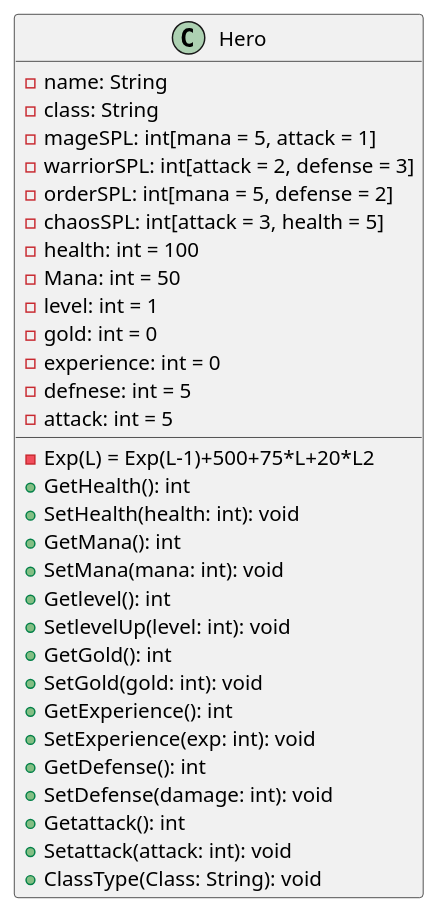
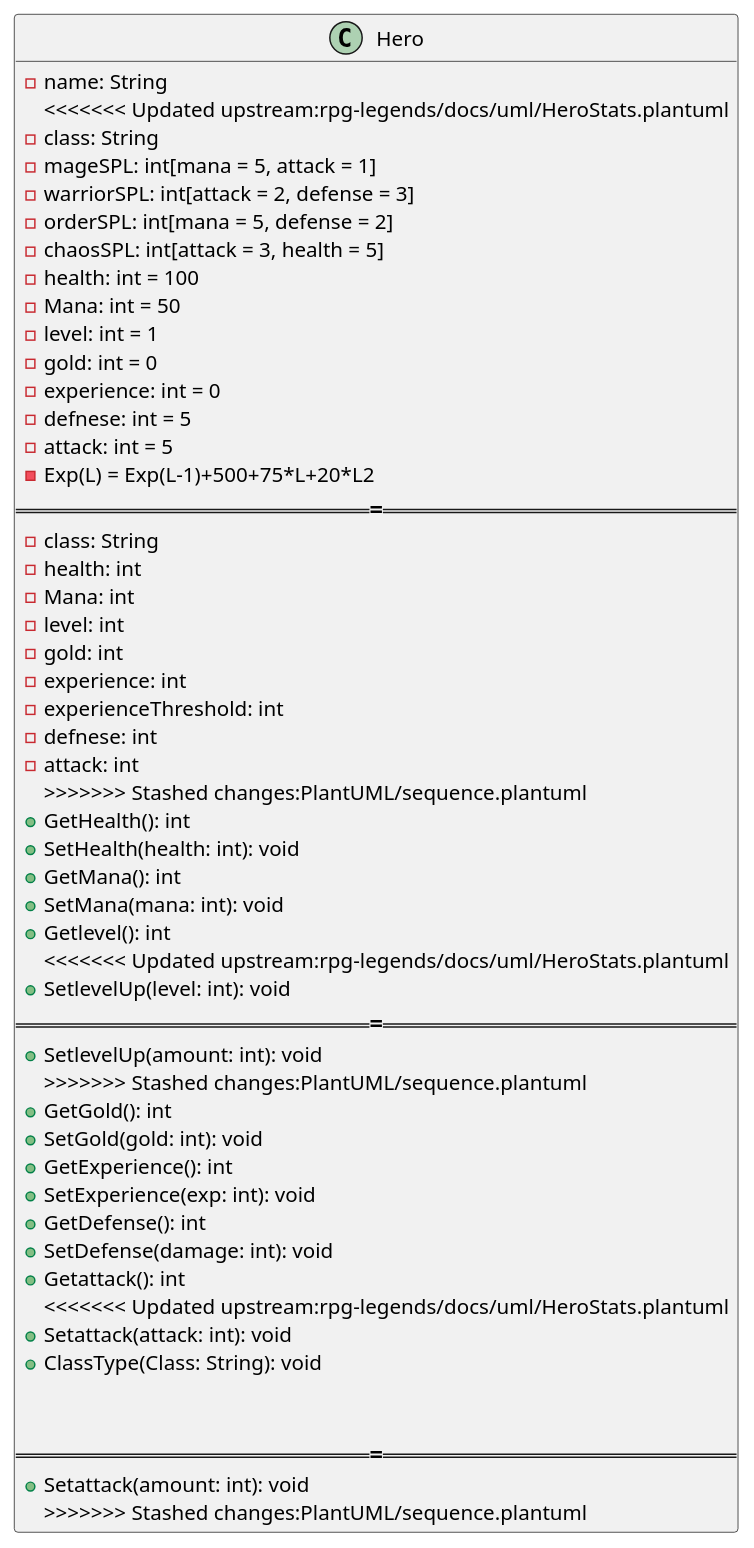
Before and after one commit to JosefG50/2203-Legends-of-Sword-and-Wand: the diagram in rpg-legends/docs/uml/HeroStats.plantuml, drawn with PlantUML. The commit also changed 1 other file, not shown here.

```diff
--- a/rpg-legends/docs/uml/HeroStats.plantuml
+++ b/rpg-legends/docs/uml/HeroStats.plantuml
@@ -1,48 +1,74 @@
 @startuml
+'add abstract class enetity' 
 class Hero {
     - name: String
+<<<<<<< Updated upstream:rpg-legends/docs/uml/HeroStats.plantuml
     - class: String   
     - mageSPL: int[mana = 5, attack = 1]
     - warriorSPL: int[attack = 2, defense = 3]
     - orderSPL: int[mana = 5, defense = 2]
     - chaosSPL: int[attack = 3, health = 5]
     - health: int = 100
     - Mana: int = 50
     - level: int = 1
     - gold: int = 0
     - experience: int = 0
     - defnese: int = 5
     - attack: int = 5
     - Exp(L) = Exp(L-1)+500+75*L+20*L2
+=======
+    - class: String
+    'Add class Abstract class with all classes'
+    - health: int
+    - Mana: int
+    - level: int
+    'add -levels for each class'
+    - gold: int
+    - experience: int
+    'add to check if enough experience to level up'
+    - experienceThreshold: int
+    - defnese: int
+    - attack: int
+    '-spells: List[Spells]'
+>>>>>>> Stashed changes:PlantUML/sequence.plantuml
     + GetHealth(): int
     + SetHealth(health: int): void
     + GetMana(): int
     + SetMana(mana: int): void
     + Getlevel(): int
+<<<<<<< Updated upstream:rpg-legends/docs/uml/HeroStats.plantuml
     + SetlevelUp(level: int): void
+=======
+    + SetlevelUp(amount: int): void 
+    'Change to levelUp():void' that increases level by 1'
+>>>>>>> Stashed changes:PlantUML/sequence.plantuml
     + GetGold(): int
     + SetGold(gold: int): void 
     + GetExperience(): int
     + SetExperience(exp: int): void
     + GetDefense(): int
     + SetDefense(damage: int): void
     + Getattack(): int
+<<<<<<< Updated upstream:rpg-legends/docs/uml/HeroStats.plantuml
     + Setattack(attack: int): void
     + ClassType(Class: String): void
     
     
+=======
+    + Setattack(amount: int): void
+>>>>>>> Stashed changes:PlantUML/sequence.plantuml
 }
 
 'Order' <|-- Hero : +5 Mana
 'Order' <|-- Hero : +2 Defense
 'Order' <|-- Hero : Heals/Shields
 'Chaos' <|-- Hero : +3 Attack
 'Chaos' <|-- Hero : +5 HP
 'Chaos' <|-- Hero : Fireball/Lightning
 'Warrior' <|-- Hero : +2 Attack
 'Warrior' <|-- Hero : +3 Defense
 'Warrior' <|-- Hero : Cleave/PHYSICAL
 'Mage' <|-- Hero : +5 Mana
 'Mage' <|-- Hero : +1 Attack
 'Mage' <|-- Hero : Mana Replenish
 @enduml
```
